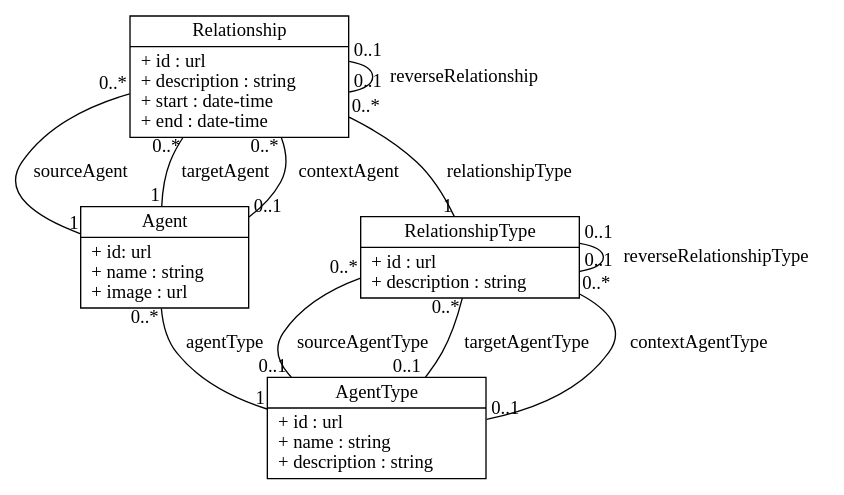
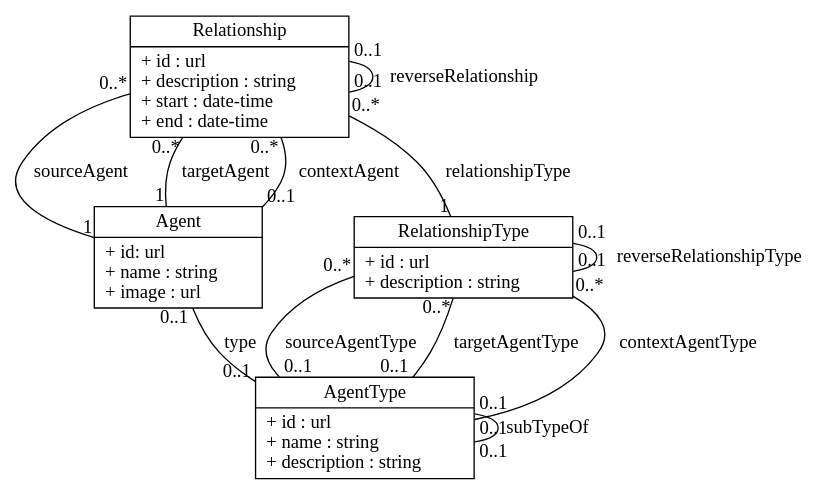
The diagram in assets/uml.dot (valueflows/agent), drawn with Graphviz before and after one commit. The commit also changed 5 other files, not shown here.

First line of the commit message:
update Agent{,Type}

```diff
--- a/assets/uml.dot
+++ b/assets/uml.dot
@@ -1,103 +1,110 @@
 // structure copied from
 // http://www.ffnn.nl/pages/articles/media/uml-diagrams-using-graphviz-dot.php
 
 digraph G {
   fontname = "Bitstream Vera Sans"
   fontsize = 14
 
   node [
     fontname = "Bitstream Vera Sans"
     fontsize = 14
     shape = "record"
   ]
 
   edge [
     fontname = "Bitstream Vera Sans"
     fontsize = 14
     arrowhead = "none"
   ]
 
   AgentType [
     label = "{AgentType|+ id : url\l+ name : string\l+ description : string\l}"
   ]
 
   Agent [
     label = "{Agent|+ id: url\l+ name : string\l+ image : url\l}"
   ]
 
   RelationshipType [
     label = "{RelationshipType|+ id : url\l+ description : string\l}"
   ]
 
   Relationship [
     label = "{Relationship|+ id : url\l+ description : string\l+ start : date-time\l+ end : date-time\l}"
   ]
 
   edge [
     headlabel = "1"
     taillabel = "0..*"
   ]
 
   edge[
     label = "sourceAgent"
   ]
   Relationship -> Agent
   edge [
     label = "targetAgent"
   ]
   Relationship -> Agent
 
   edge [
     headlabel = "0..1"
     label = "contextAgent"
   ]
   Relationship -> Agent
 
   edge [
     headlabel = "0..1"
     taillabel = "0..*"
   ]
 
   edge[
     label = "sourceAgentType"
   ]
   RelationshipType -> AgentType
   edge [
     label = "targetAgentType"
   ]
   RelationshipType -> AgentType
   edge [
     label = "contextAgentType"
   ]
   RelationshipType -> AgentType
 
   edge [
     headlabel = "1"
     taillabel = "0..*"
   ]
 
   edge [
     label = "relationshipType"
   ]
   Relationship -> RelationshipType
 
   edge [
-    label = "agentType"
+    headlabel = "0..1"
+    taillabel = "0..1"
+    label = "subTypeOf"
+  ]
+  AgentType -> AgentType
+
+  edge [
+    label = "type"
   ]
   Agent -> AgentType
 
   edge [
     headlabel = "0..1"
     taillabel = "0..1"
   ]
   
   edge [
     label = "reverseRelationshipType"
   ]
   RelationshipType -> RelationshipType
 
   edge [
     label = "reverseRelationship"
   ]
   Relationship -> Relationship
 }
```
